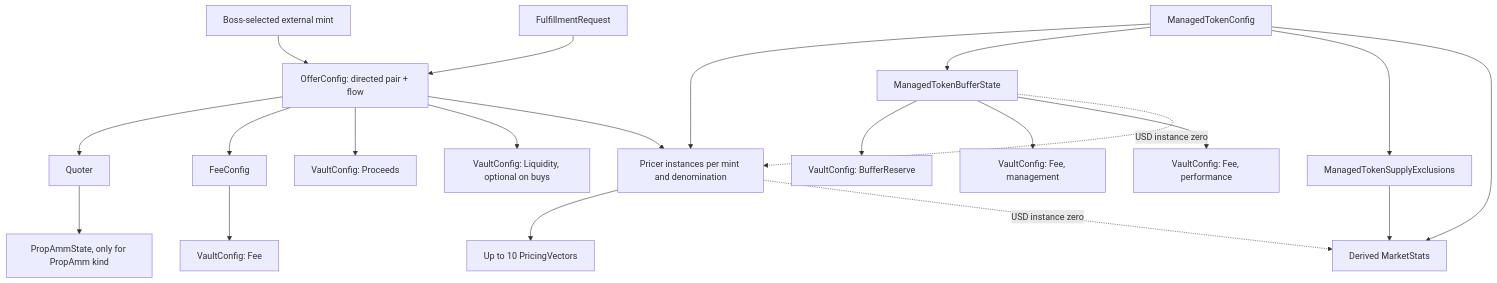
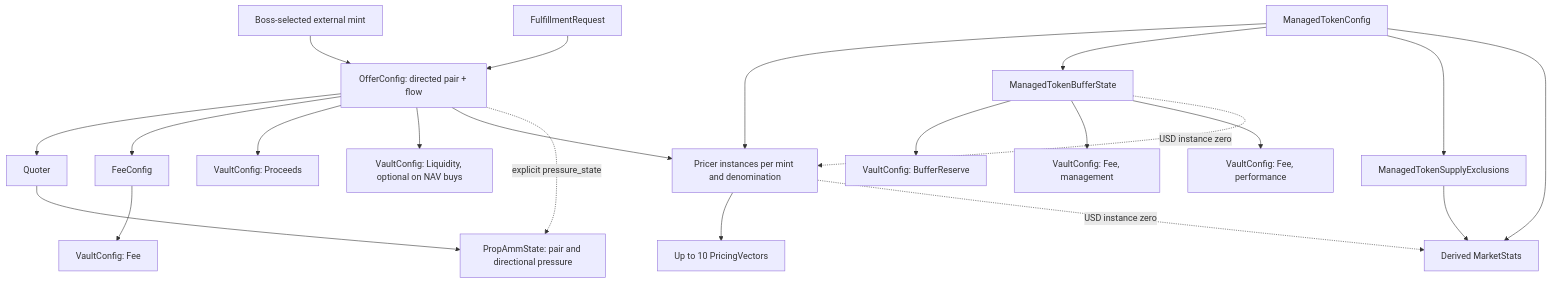
One commit to onre-finance/onre-sol changed the diagram in docs/MODULAR_MODEL.md. Above: the diagram before and after it, drawn with Mermaid. The commit also changed other lines of this file and 31 other files, not shown here.

Commit message:
feat: add symmetric modular Prop AMM and configurable pressure links

````diff
--- a/docs/MODULAR_MODEL.md
+++ b/docs/MODULAR_MODEL.md
@@ -28,23 +29,24 @@
 ```mermaid
 flowchart TD
     Asset[Boss-selected external mint] --> Offer
     Token[ManagedTokenConfig] --> Pricer[Pricer instances per mint and denomination]
     Pricer --> Vectors[Up to 10 PricingVectors]
     Token --> Buffer[ManagedTokenBufferState]
     Token --> Exclusions[ManagedTokenSupplyExclusions]
     Token --> Stats[Derived MarketStats]
     Pricer -. USD instance zero .-> Stats
     Exclusions --> Stats
     Offer[OfferConfig: directed pair + flow] --> Quoter
     Offer --> Fee[FeeConfig]
     Fee --> FeeVault[VaultConfig: Fee]
     Offer --> Proceeds[VaultConfig: Proceeds]
-    Offer --> Liquidity[VaultConfig: Liquidity, optional on buys]
+    Offer --> Liquidity[VaultConfig: Liquidity, optional on NAV buys]
     Offer --> Pricer
-    Quoter --> Amm[PropAmmState, only for PropAmm kind]
+    Quoter --> Amm[PropAmmState: pair and directional pressure]
+    Offer -. explicit pressure_state .-> Amm
     Request[FulfillmentRequest] --> Offer
     Buffer --> Reserve[VaultConfig: BufferReserve]
     Buffer --> Management[VaultConfig: Fee, management]
     Buffer --> Performance[VaultConfig: Fee, performance]
     Buffer -. USD instance zero .-> Pricer
 ```
````
